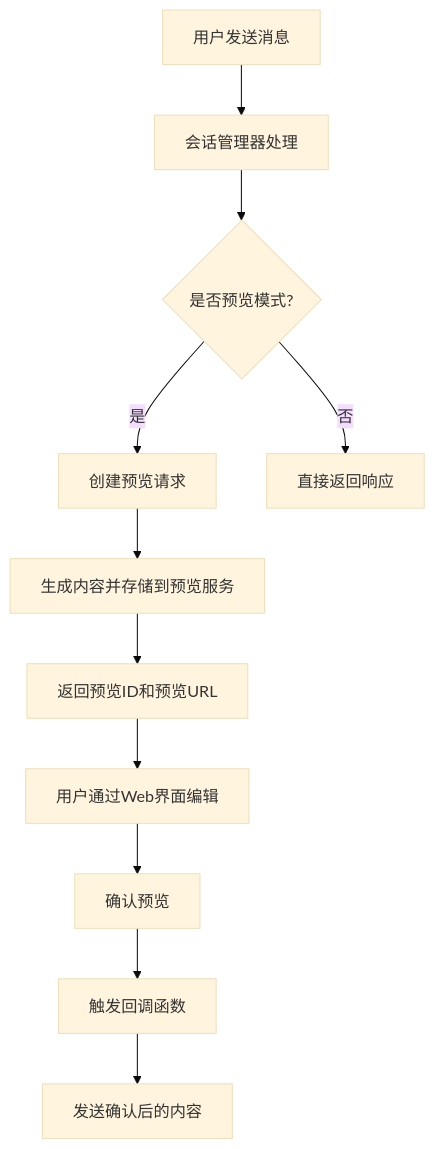
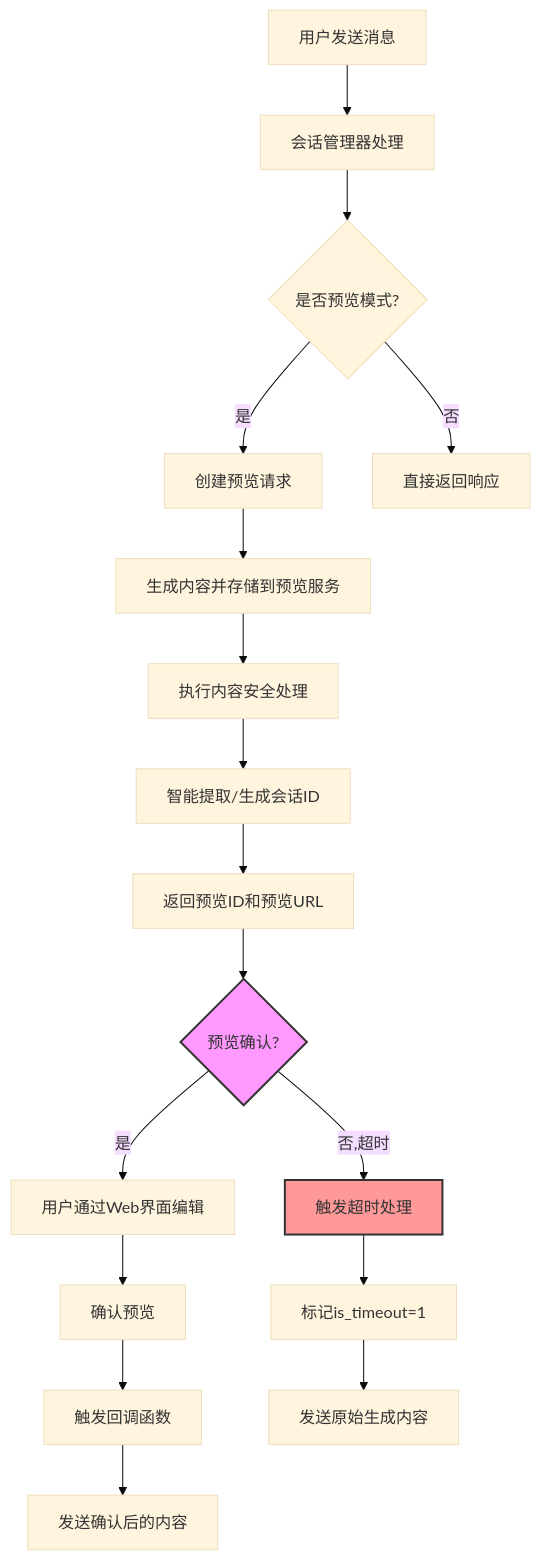
One commit to eogee/any4any changed the second of 3 diagrams in docs/会话管理系统说明文档.md. Above: the diagram before and after it, drawn with Mermaid (base theme). The commit also changed other lines of this file and 2 other files, not shown here.

````diff
--- a/docs/会话管理系统说明文档.md
+++ b/docs/会话管理系统说明文档.md
@@ -70,13 +92,24 @@
 ```mermaid
 flowchart TD
     A[用户发送消息] --> B[会话管理器处理]
     B --> C{是否预览模式?}
     C -->|是| D[创建预览请求]
     C -->|否| E[直接返回响应]
     D --> F[生成内容并存储到预览服务]
-    F --> G[返回预览ID和预览URL]
-    G --> H[用户通过Web界面编辑]
-    H --> I[确认预览]
-    I --> J[触发回调函数]
-    J --> K[发送确认后的内容]
+    F --> G[执行内容安全处理]
+    G --> H[智能提取/生成会话ID]
+    H --> I[返回预览ID和预览URL]
+    I --> J{预览确认?}
+    
+    J -->|是| K[用户通过Web界面编辑]
+    K --> L[确认预览]
+    L --> M[触发回调函数]
+    M --> N[发送确认后的内容]
+    
+    J -->|否,超时| O[触发超时处理]
+    O --> P[标记is_timeout=1]
+    P --> Q[发送原始生成内容]
+    
+    style J fill:#f9f,stroke:#333,stroke-width:2px
+    style O fill:#ff9999,stroke:#333,stroke-width:2px
 ```
````
